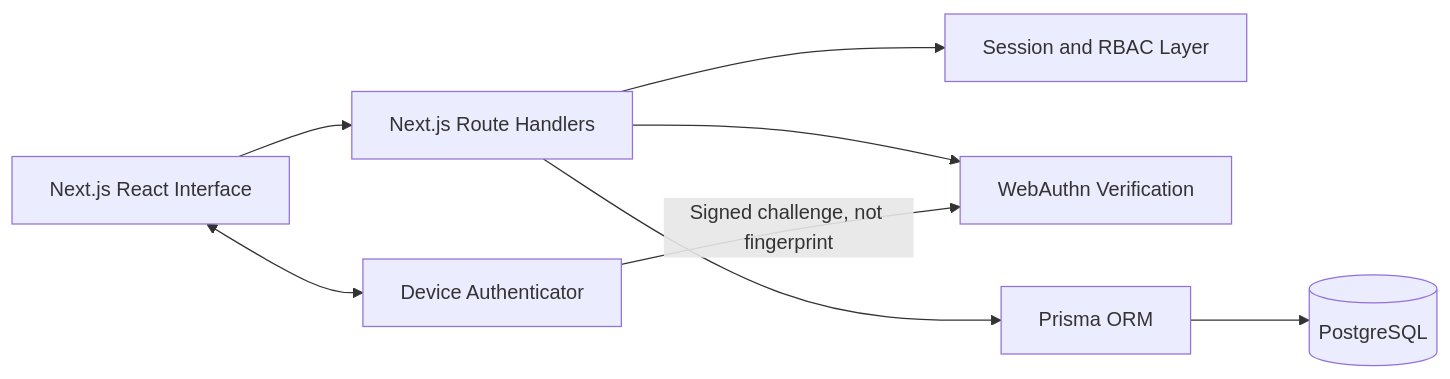
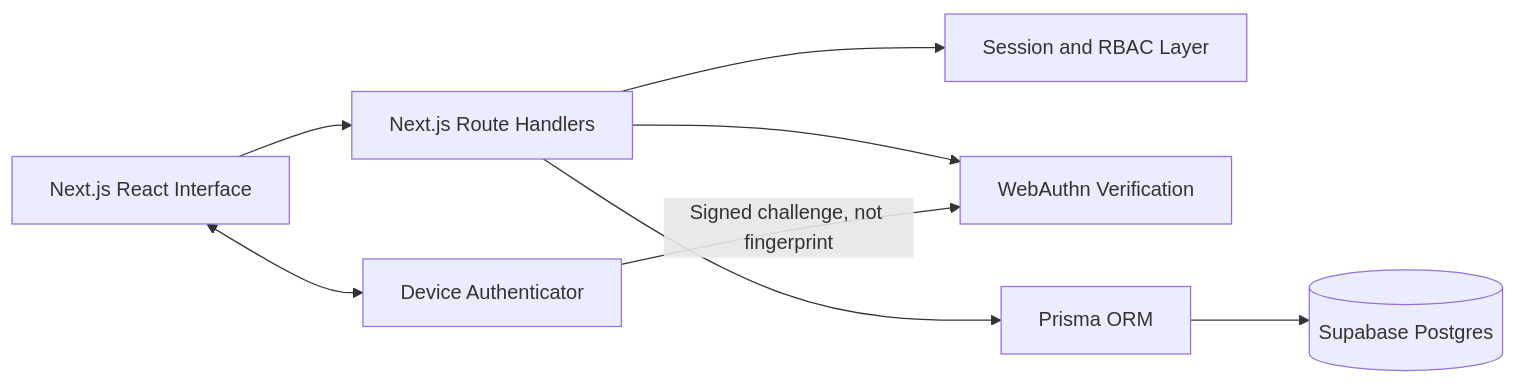
The diagram in UI-fixed/PROJECT_DEFENCE_GUIDE.md (devAdura/secure-personalised-elearning), drawn with Mermaid before and after one commit. The commit also changed other lines of this file and 19 other files, not shown here.

````diff
--- a/UI-fixed/PROJECT_DEFENCE_GUIDE.md
+++ b/UI-fixed/PROJECT_DEFENCE_GUIDE.md
@@ -19,18 +19,18 @@
 ```mermaid
 flowchart LR
     Browser[Next.js React Interface]
     Routes[Next.js Route Handlers]
     Auth[Session and RBAC Layer]
     WebAuthn[WebAuthn Verification]
     Prisma[Prisma ORM]
-    DB[(PostgreSQL)]
+    DB[(Supabase Postgres)]
     Device[Device Authenticator]
 
     Browser --> Routes
     Routes --> Auth
     Routes --> WebAuthn
     Routes --> Prisma
     Prisma --> DB
     Browser <--> Device
     Device -->|Signed challenge, not fingerprint| WebAuthn
 ```
````
